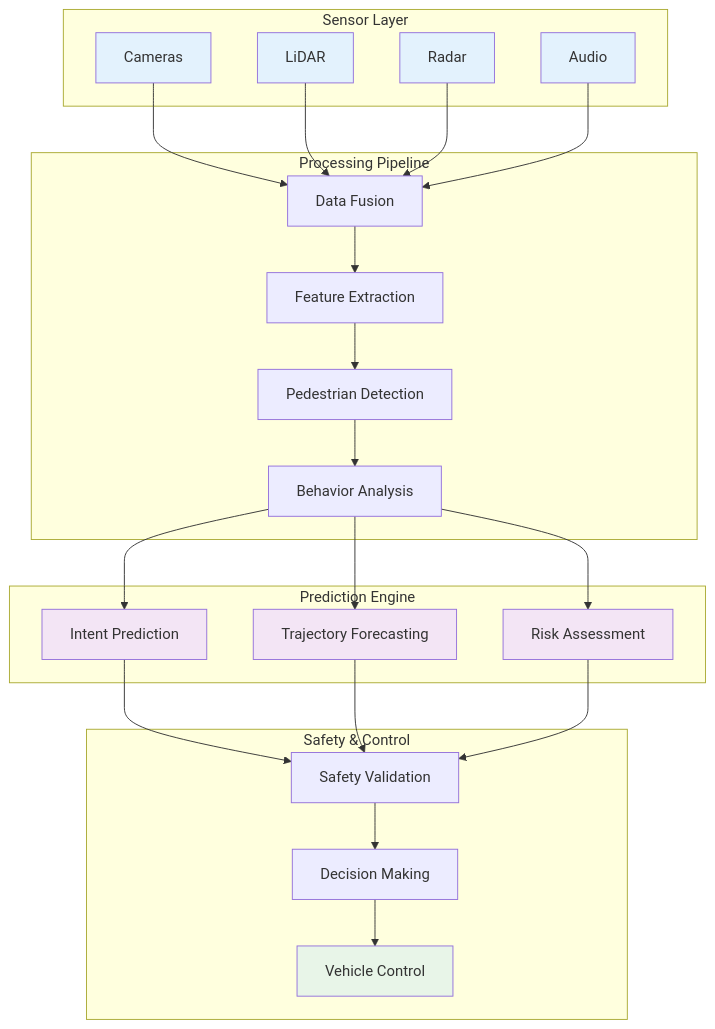
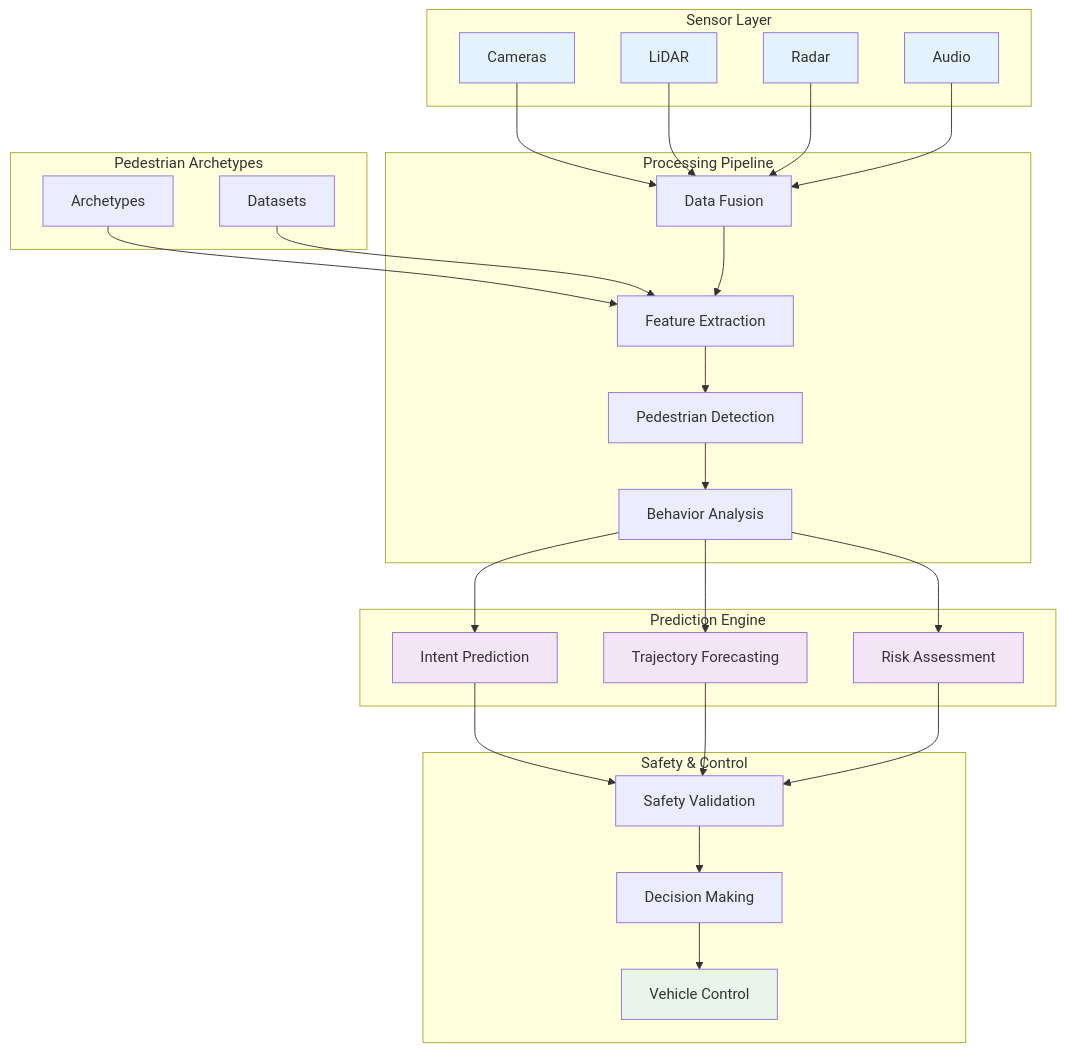
The fourth of 8 diagrams in docs/gaps_analysis.md (ju-baer/PedSim4AV), drawn with Mermaid before and after one commit. The commit also changed other lines of this file, not shown here.

````diff
--- a/docs/gaps_analysis.md
+++ b/docs/gaps_analysis.md
@@ -817,43 +818,49 @@
 ```mermaid
 flowchart TD
     subgraph "Sensor Layer"
         A1[ Cameras]
         A2[ LiDAR] 
         A3[ Radar]
         A4[ Audio]
     end
-    
+
+    subgraph "Pedestrian Archetypes"
+          P1[ Archetypes]
+          P2[ Datasets]
+     end
+
     subgraph "Processing Pipeline"
         B1[ Data Fusion]
         B2[ Feature Extraction]
         B3[ Pedestrian Detection]
         B4[ Behavior Analysis]
     end
     
     subgraph "Prediction Engine"
         C1[ Intent Prediction]
         C2[ Trajectory Forecasting]
         C3[ Risk Assessment]
     end
     
     subgraph "Safety & Control"
         D1[ Safety Validation]
         D2[ Decision Making]
         D3[ Vehicle Control]
     end
     
     A1 & A2 & A3 & A4 --> B1
+    P1 & P2 --> B2
     B1 --> B2 --> B3 --> B4
     B4 --> C1 & C2 & C3
     C1 & C2 & C3 --> D1
     D1 --> D2 --> D3
     
     style A1 fill:#e3f2fd
     style A2 fill:#e3f2fd
     style A3 fill:#e3f2fd
     style A4 fill:#e3f2fd
     style C1 fill:#f3e5f5
     style C2 fill:#f3e5f5
     style C3 fill:#f3e5f5
     style D3 fill:#e8f5e8
 ```
````
